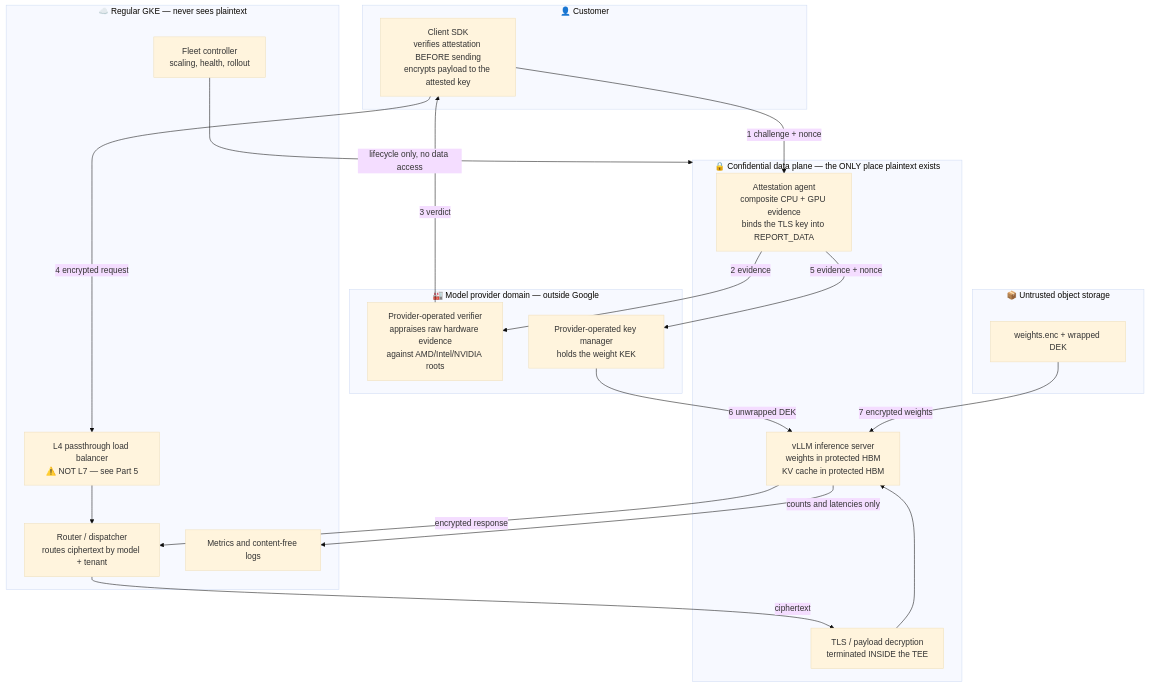
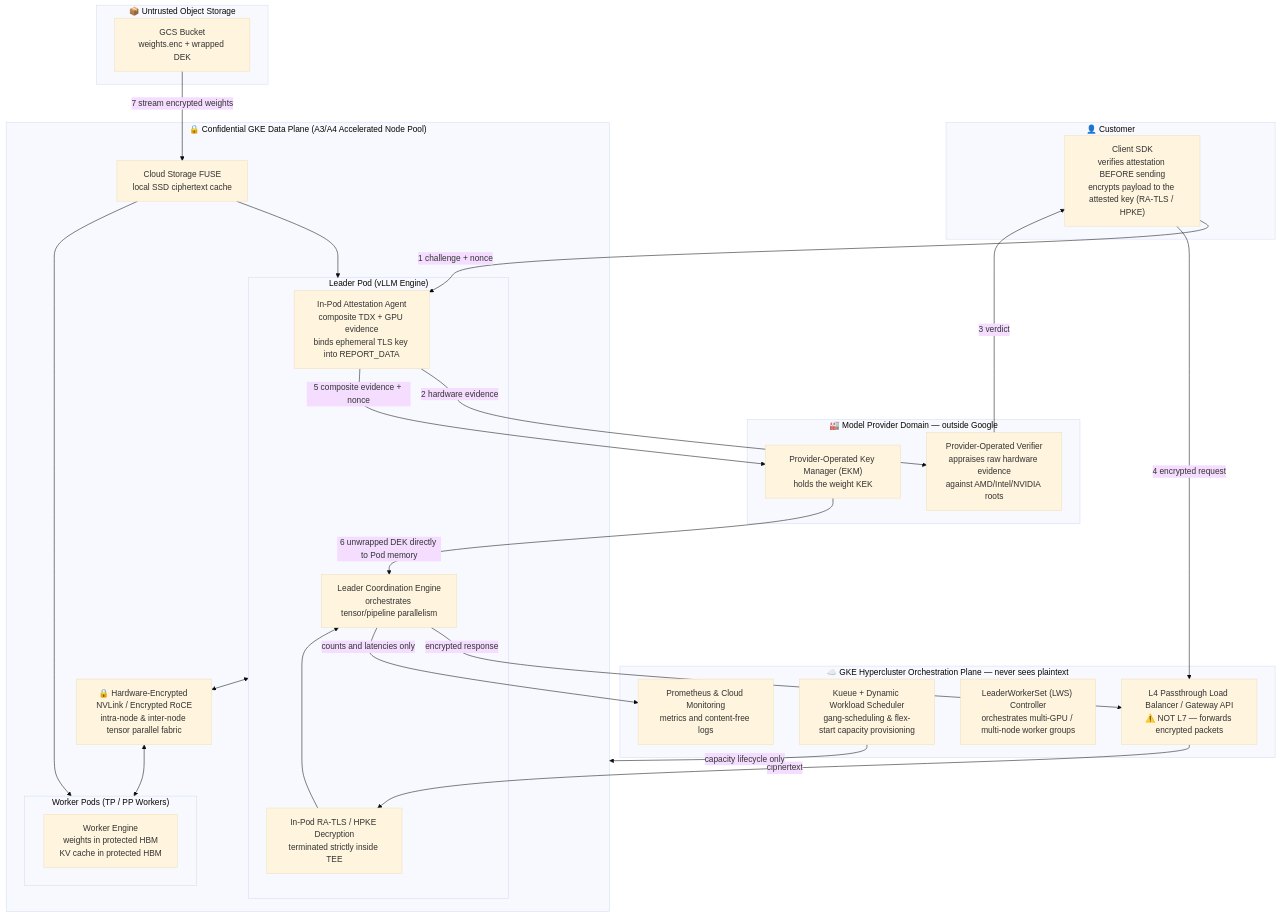
Before and after one commit to Marinette101/llm-cc-in-k8s: the first of 5 diagrams in docs/en/06_designing_confidential_llm_serving_on_gke.md, drawn with Mermaid (base theme). The commit also changed other lines of this file and 9 other files, not shown here.

Commit message:
feat: incorporate GKE Hypercluster and AI Hypercomputer architecture into confidential LLM serving docs

````diff
--- a/docs/en/06_designing_confidential_llm_serving_on_gke.md
+++ b/docs/en/06_designing_confidential_llm_serving_on_gke.md
@@ -40,40 +48,53 @@
 ```mermaid
 flowchart TD
     subgraph CLIENT ["👤 Customer"]
-        C1["Client SDK<br>verifies attestation BEFORE sending<br>encrypts payload to the attested key"]
+        C1["Client SDK<br>verifies attestation BEFORE sending<br>encrypts payload to the attested key (RA-TLS / HPKE)"]
     end
 
-    subgraph NORMAL ["☁️ Regular GKE — never sees plaintext"]
-        LB["L4 passthrough load balancer<br>⚠️ NOT L7 — see Part 5"]
-        RT["Router / dispatcher<br>routes ciphertext by model + tenant"]
-        CTL["Fleet controller<br>scaling, health, rollout"]
-        OBS["Metrics and content-free logs"]
+    subgraph GKE ["☁️ GKE Hypercluster Orchestration Plane — never sees plaintext"]
+        LB["L4 Passthrough Load Balancer / Gateway API<br>⚠️ NOT L7 — forwards encrypted packets"]
+        SCHED["Kueue + Dynamic Workload Scheduler<br>gang-scheduling & flex-start capacity provisioning"]
+        LWS["LeaderWorkerSet (LWS) Controller<br>orchestrates multi-GPU / multi-node worker groups"]
+        OBS["Prometheus & Cloud Monitoring<br>metrics and content-free logs"]
     end
 
-    subgraph CONF ["🔒 Confidential data plane — the ONLY place plaintext exists"]
-        ATT["Attestation agent<br>composite CPU + GPU evidence<br>binds the TLS key into REPORT_DATA"]
-        TLS["TLS / payload decryption<br>terminated INSIDE the TEE"]
-        INF["vLLM inference server<br>weights in protected HBM<br>KV cache in protected HBM"]
+    subgraph CONF_NODE ["🔒 Confidential GKE Data Plane (A3/A4 Accelerated Node Pool)"]
+        subgraph POD_LEADER ["Leader Pod (vLLM Engine)"]
+            ATT["In-Pod Attestation Agent<br>composite TDX + GPU evidence<br>binds ephemeral TLS key into REPORT_DATA"]
+            TLS["In-Pod RA-TLS / HPKE Decryption<br>terminated strictly inside TEE"]
+            LEAD_ENG["Leader Coordination Engine<br>orchestrates tensor/pipeline parallelism"]
+        end
+
+        subgraph POD_WORKER ["Worker Pods (TP / PP Workers)"]
+            WRK_ENG["Worker Engine<br>weights in protected HBM<br>KV cache in protected HBM"]
+        end
+
+        FUSE["Cloud Storage FUSE<br>local SSD ciphertext cache"]
+        NVL["🔒 Hardware-Encrypted NVLink / Encrypted RoCE<br>intra-node & inter-node tensor parallel fabric"]
+
+        POD_LEADER <--> NVL <--> POD_WORKER
+        FUSE --> POD_LEADER
+        FUSE --> POD_WORKER
     end
 
-    subgraph PROVIDER ["🏭 Model provider domain — outside Google"]
-        VER["Provider-operated verifier<br>appraises raw hardware evidence<br>against AMD/Intel/NVIDIA roots"]
-        EKM["Provider-operated key manager<br>holds the weight KEK"]
+    subgraph PROVIDER ["🏭 Model Provider Domain — outside Google"]
+        VER["Provider-Operated Verifier<br>appraises raw hardware evidence<br>against AMD/Intel/NVIDIA roots"]
+        EKM["Provider-Operated Key Manager (EKM)<br>holds the weight KEK"]
     end
 
-    subgraph STORE ["📦 Untrusted object storage"]
-        W["weights.enc + wrapped DEK"]
+    subgraph STORE ["📦 Untrusted Object Storage"]
+        W["GCS Bucket<br>weights.enc + wrapped DEK"]
     end
 
     C1 -->|"1 challenge + nonce"| ATT
-    ATT -->|"2 evidence"| VER
+    ATT -->|"2 hardware evidence"| VER
     VER -->|"3 verdict"| C1
-    C1 -->|"4 encrypted request"| LB --> RT -->|"ciphertext"| TLS
-    ATT -->|"5 evidence + nonce"| EKM
-    EKM -->|"6 unwrapped DEK"| INF
-    W -->|"7 encrypted weights"| INF
-    TLS --> INF
-    INF -->|"encrypted response"| RT
-    INF -->|"counts and latencies only"| OBS
-    CTL -->|"lifecycle only, no data access"| CONF
+    C1 -->|"4 encrypted request"| LB -->|"ciphertext"| TLS
+    ATT -->|"5 composite evidence + nonce"| EKM
+    EKM -->|"6 unwrapped DEK directly to Pod memory"| LEAD_ENG
+    W -->|"7 stream encrypted weights"| FUSE
+    TLS --> LEAD_ENG
+    LEAD_ENG -->|"encrypted response"| LB
+    LEAD_ENG -->|"counts and latencies only"| OBS
+    SCHED -->|"capacity lifecycle only"| CONF_NODE
 ```
````
